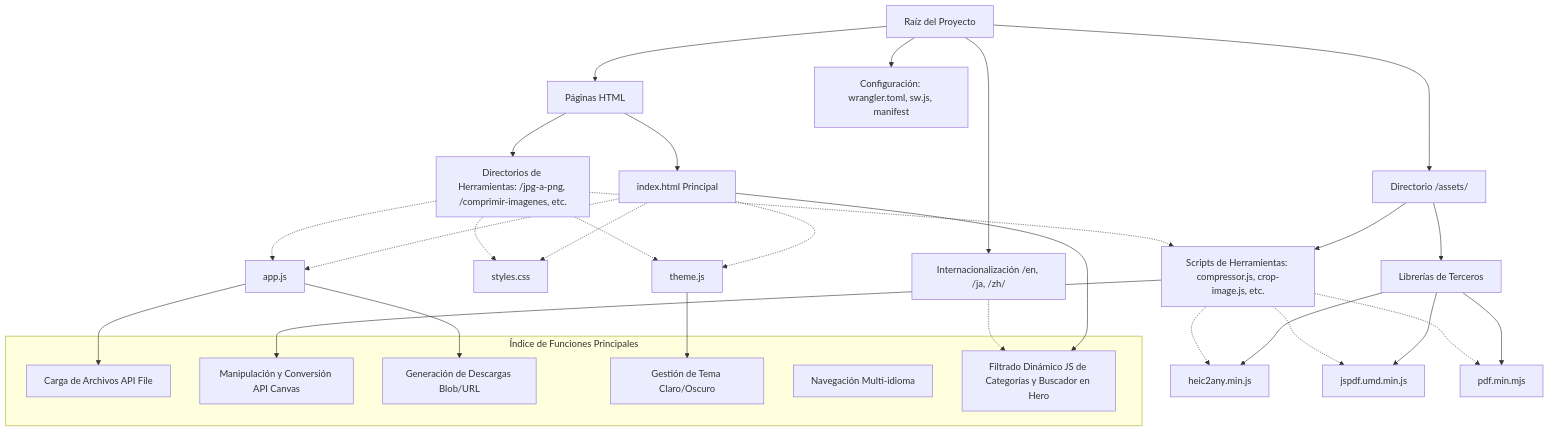
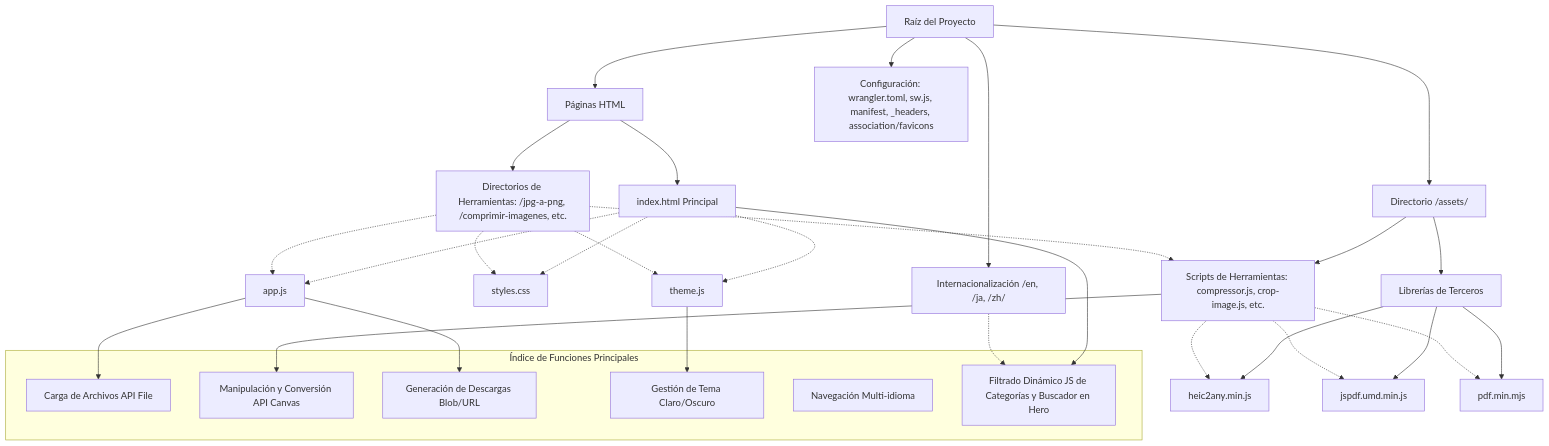
The diagram in Grafo_Converter.md (EmmanuelTejedaTejeda/converter), drawn with Mermaid before and after one commit. The commit also changed 5 other files, not shown here.

Commit message:
Add favicon.ico, Apple App Site Association files, and configure Cloudflare headers to resolve GSC 404 errors

````diff
--- a/Grafo_Converter.md
+++ b/Grafo_Converter.md
@@ -3,53 +3,53 @@
 ```mermaid
 graph TD
     %% Nodos principales
     Root[Raíz del Proyecto] --> HTML_Pages[Páginas HTML]
     Root --> Assets[Directorio /assets/]
     Root --> Locales[Internacionalización /en, /ja, /zh/]
-    Root --> Config[Configuración: wrangler.toml, sw.js, manifest]
+    Root --> Config[Configuración: wrangler.toml, sw.js, manifest, _headers, association/favicons]
 
     %% Páginas y Herramientas
     HTML_Pages --> Index[index.html Principal]
     HTML_Pages --> ToolsDirs[Directorios de Herramientas: /jpg-a-png, /comprimir-imagenes, etc.]
     
     %% Relación de assets a páginas
     Index -.-> Styles[styles.css]
     Index -.-> AppJS[app.js]
     Index -.-> ThemeJS[theme.js]
     
     ToolsDirs -.-> Styles
     ToolsDirs -.-> AppJS
     ToolsDirs -.-> ThemeJS
 
     %% Lógica de Herramientas en /assets/
     Assets --> ToolScripts[Scripts de Herramientas: compressor.js, crop-image.js, etc.]
     ToolsDirs -.-> ToolScripts
 
     %% Dependencias de Librerías
     Assets --> Libs[Librerías de Terceros]
     Libs --> Heic2Any[heic2any.min.js]
     Libs --> JsPDF[jspdf.umd.min.js]
     Libs --> PDFjs[pdf.min.mjs]
 
     %% Flujos de dependencia
     ToolScripts -.-> Heic2Any
     ToolScripts -.-> JsPDF
     ToolScripts -.-> PDFjs
 
     %% Índice de Funciones (Lógico)
     subgraph Índice de Funciones Principales
         F_Load[Carga de Archivos API File]
         F_Canvas[Manipulación y Conversión API Canvas]
         F_Download[Generación de Descargas Blob/URL]
         F_Theme[Gestión de Tema Claro/Oscuro]
         F_I18n[Navegación Multi-idioma]
         F_Filter[Filtrado Dinámico JS de Categorías y Buscador en Hero]
     end
     
     AppJS --> F_Load
     AppJS --> F_Download
     ThemeJS --> F_Theme
     ToolScripts --> F_Canvas
     Index --> F_Filter
     Locales -.-> F_Filter
 ```
````
